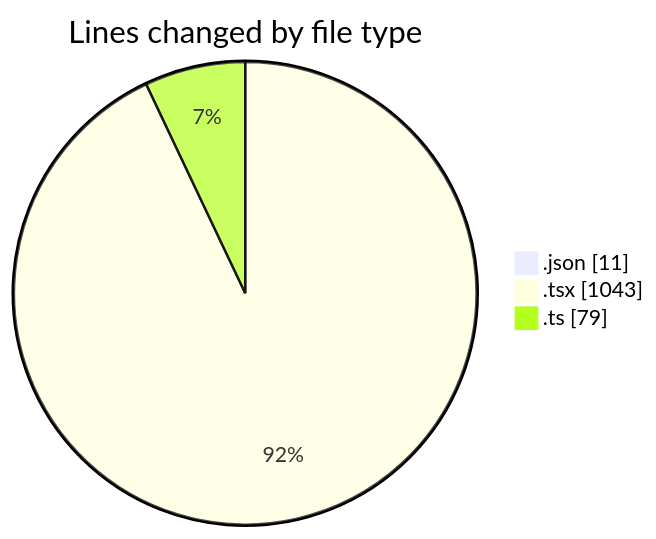
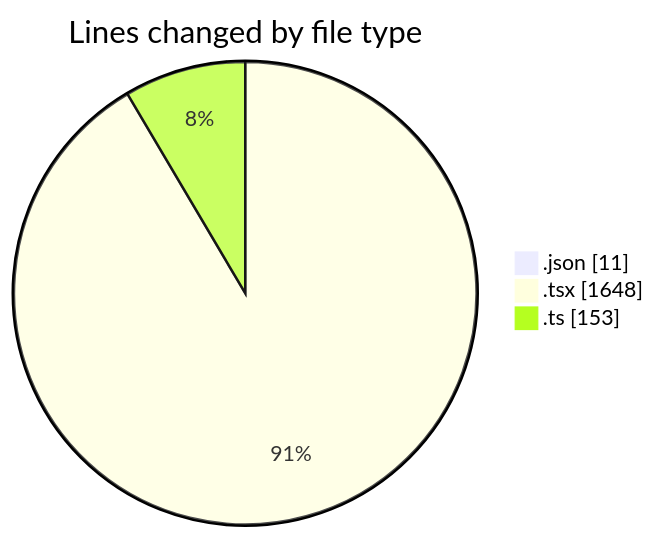
One commit to donsfak/code-tracking changed the first of 2 diagrams in 2026-10-06/portofolio-main/README.md. Above: the diagram before and after it, drawn with Mermaid. The commit also changed other lines of this file and 1 other file, not shown here.

````diff
--- a/2026-10-06/portofolio-main/README.md
+++ b/2026-10-06/portofolio-main/README.md
@@ -23,7 +23,7 @@
 ```mermaid
 pie showData
 title Lines changed by file type
 ".json" : 11
-".tsx" : 1043
-".ts" : 79
+".tsx" : 1648
+".ts" : 153
 ```
````
